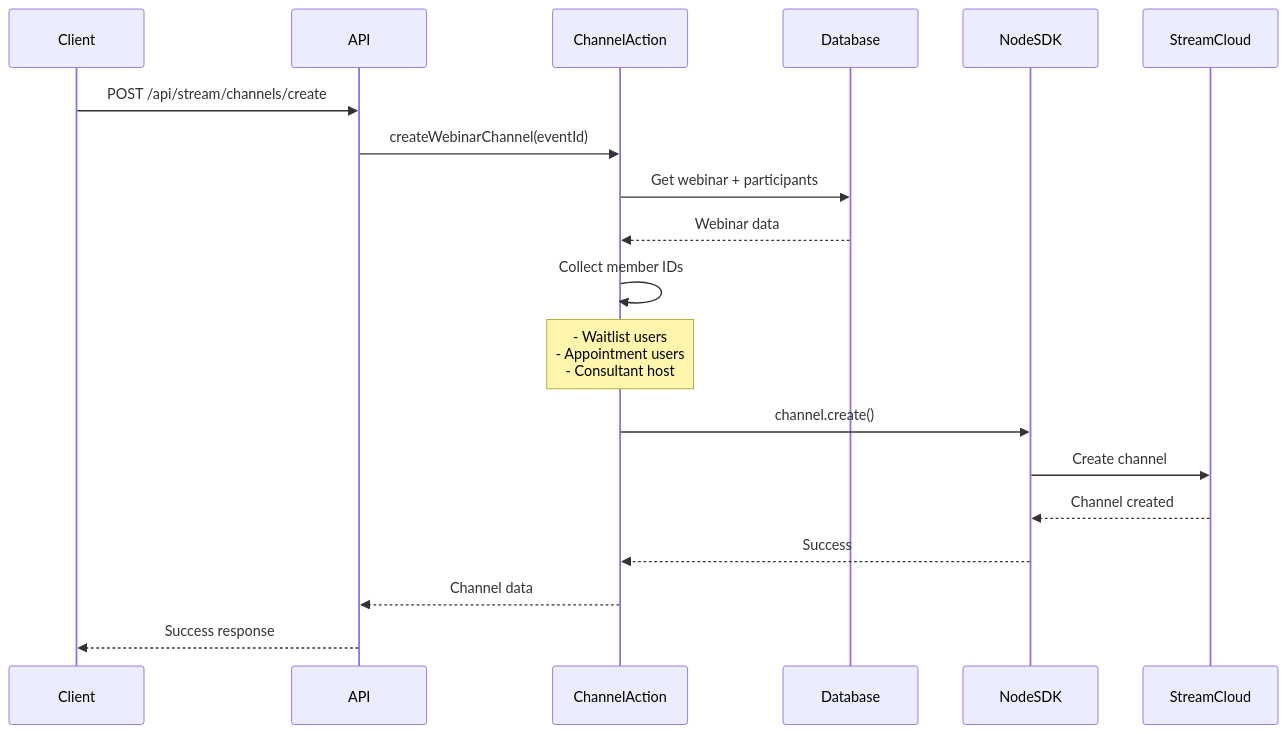
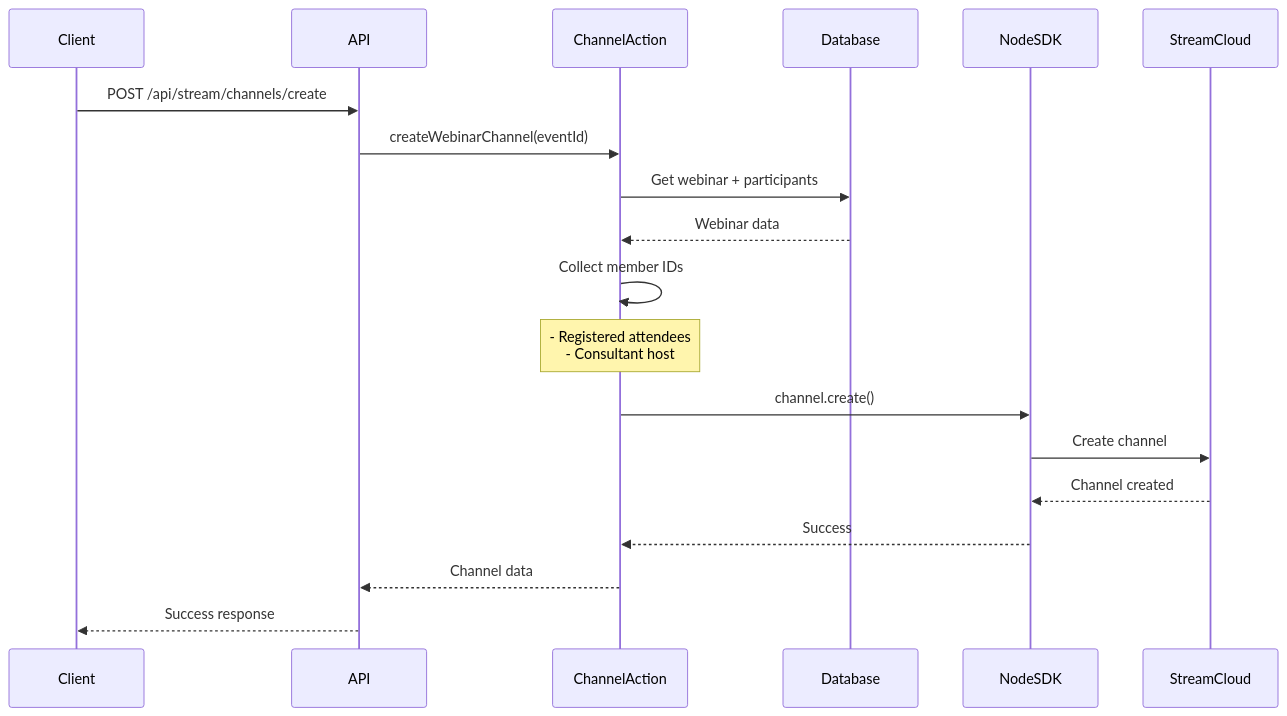
One commit to Practitionist/familiarise_web changed the sixth of 7 diagrams in docs/stream/01-architecture.md. Above: the diagram before and after it, drawn with Mermaid. The commit also changed 181 other files, not shown here.

````diff
--- a/docs/stream/01-architecture.md
+++ b/docs/stream/01-architecture.md
@@ -251,26 +251,26 @@
 ```mermaid
 sequenceDiagram
     participant Client
     participant API
     participant ChannelAction
     participant Database
     participant NodeSDK
     participant StreamCloud
 
     Client->>API: POST /api/stream/channels/create
     API->>ChannelAction: createWebinarChannel(eventId)
 
     ChannelAction->>Database: Get webinar + participants
     Database-->>ChannelAction: Webinar data
 
     ChannelAction->>ChannelAction: Collect member IDs
-    Note over ChannelAction: - Waitlist users<br/>- Appointment users<br/>- Consultant host
+    Note over ChannelAction: - Registered attendees<br/>- Consultant host
 
     ChannelAction->>NodeSDK: channel.create()
     NodeSDK->>StreamCloud: Create channel
     StreamCloud-->>NodeSDK: Channel created
     NodeSDK-->>ChannelAction: Success
 
     ChannelAction-->>API: Channel data
     API-->>Client: Success response
 ```
````
